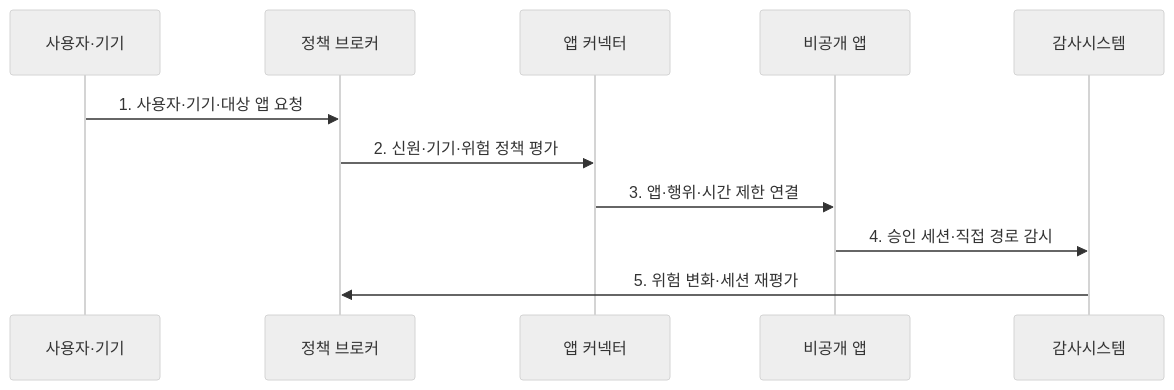
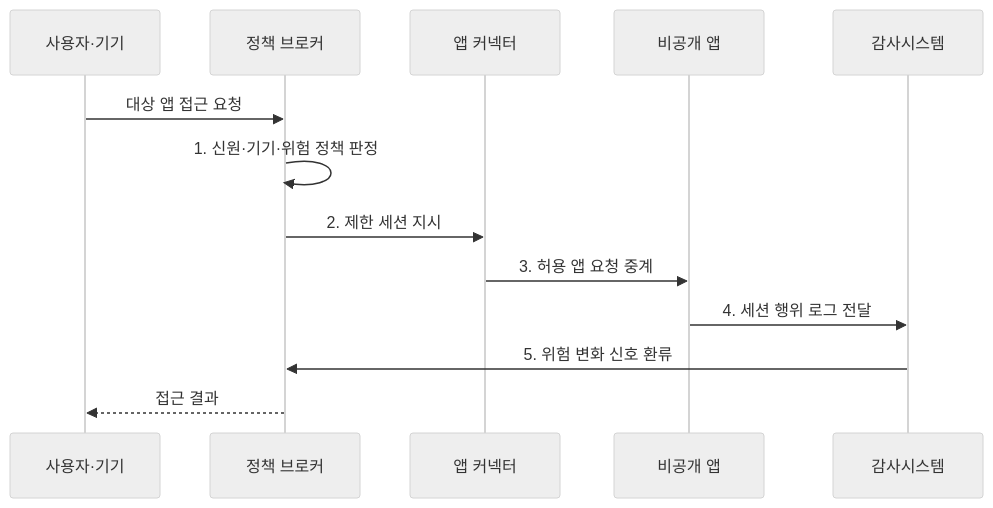
One commit to agnusdei1207/knowledge-base changed the second of 2 diagrams in src/content/docs/notes/05-security/064_ztna.md. Above: the diagram before and after it, drawn with Mermaid (neutral theme). The commit also changed other lines of this file and 20 other files, not shown here.

````diff
--- a/src/content/docs/notes/05-security/064_ztna.md
+++ b/src/content/docs/notes/05-security/064_ztna.md
@@ -86,13 +92,15 @@
 ```mermaid
 sequenceDiagram
     participant U as 사용자·기기
     participant B as 정책 브로커
     participant C as 앱 커넥터
     participant A as 비공개 앱
     participant 감사시스템
-    U->>B: 1. 사용자·기기·대상 앱 요청
-    B->>C: 2. 신원·기기·위험 정책 평가
-    C->>A: 3. 앱·행위·시간 제한 연결
-    A->>감사시스템: 4. 승인 세션·직접 경로 감시
-    감사시스템->>B: 5. 위험 변화·세션 재평가
+    U->>B: 대상 앱 접근 요청
+    B->>B: 1. 신원·기기·위험 정책 판정
+    B->>C: 2. 제한 세션 지시
+    C->>A: 3. 허용 앱 요청 중계
+    A->>감사시스템: 4. 세션 행위 로그 전달
+    감사시스템->>B: 5. 위험 변화 신호 환류
+    B-->>U: 접근 결과
 ```
````
